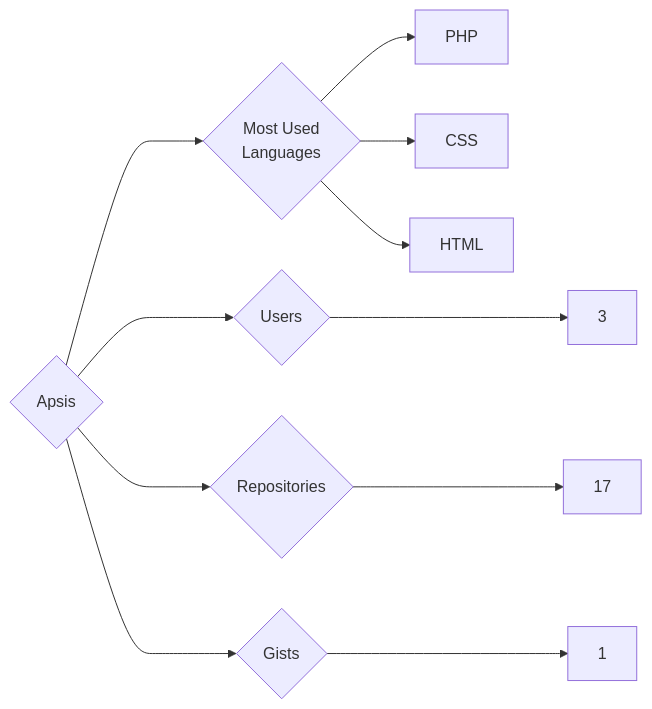
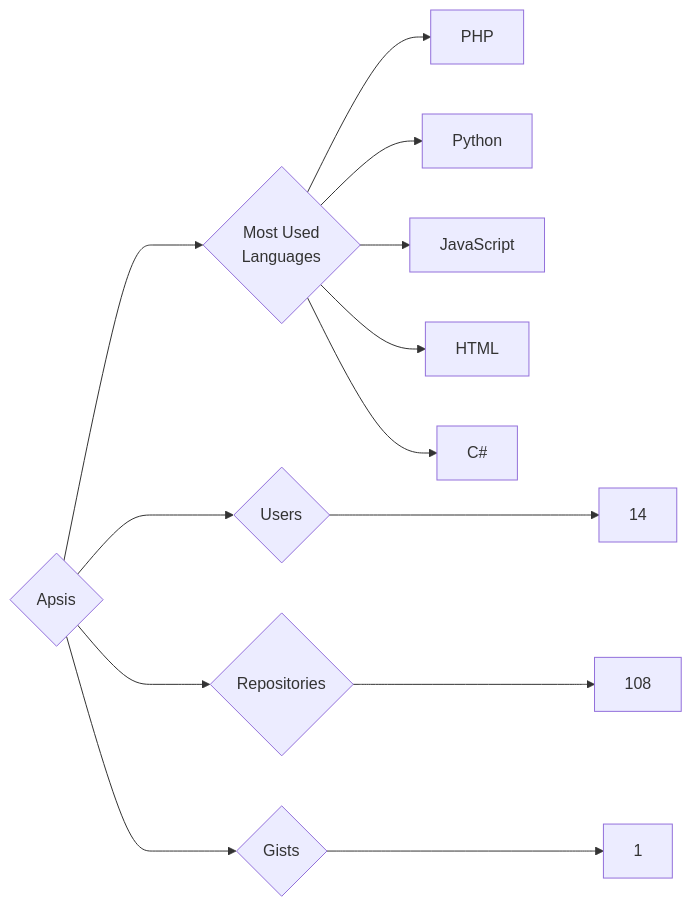
Before and after one commit to trickest/insiders: the diagram in targets/Apsis/README.md, drawn with Mermaid. The commit also changed 1314 other files, not shown here.

````diff
--- a/targets/Apsis/README.md
+++ b/targets/Apsis/README.md
@@ -3,11 +3,13 @@
 ```mermaid
 graph LR
 COMPANY_NAME{Apsis}
-COMPANY_NAME ---> U{Users} ---> UN[3]
-COMPANY_NAME ---> R{Repositories} ---> RN[17]
+COMPANY_NAME ---> U{Users} ---> UN[14]
+COMPANY_NAME ---> R{Repositories} ---> RN[108]
 COMPANY_NAME ---> G{Gists} ---> GN[1]
 COMPANY_NAME ---> ML{Most Used<br>Languages}
 ML --> PHP[PHP]
-ML --> CSS[CSS]
+ML --> Python[Python]
+ML --> JavaScript[JavaScript]
 ML --> HTML[HTML]
+ML --> C#[C#]
 ```
````
